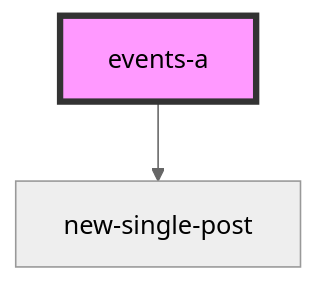
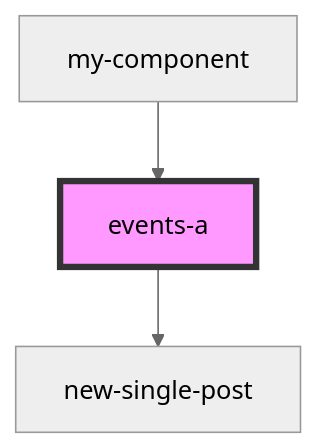
One commit to Wokh-Dada/wibbitz-stencil changed the diagram in src/components/theme-one/res/view/events-a/readme.md. Above: the diagram before and after it, drawn with Mermaid (neutral theme). The commit also changed other lines of this file and 25 other files, not shown here.

````diff
--- a/src/components/theme-one/res/view/events-a/readme.md
+++ b/src/components/theme-one/res/view/events-a/readme.md
@@ -22,5 +35,6 @@
 ```mermaid
 graph TD;
   events-a --> new-single-post
+  my-component --> events-a
   style events-a fill:#f9f,stroke:#333,stroke-width:4px
 ```
````
